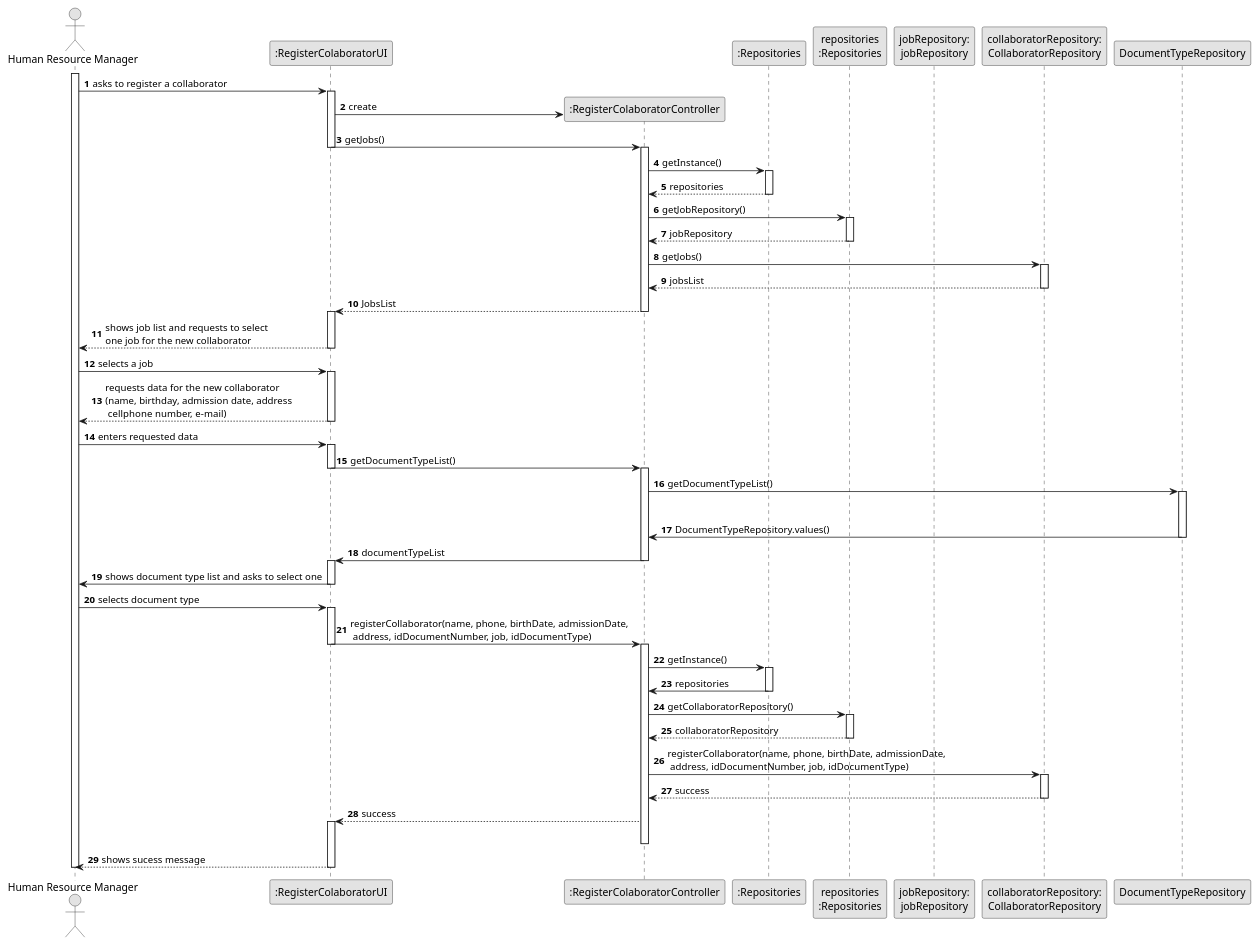
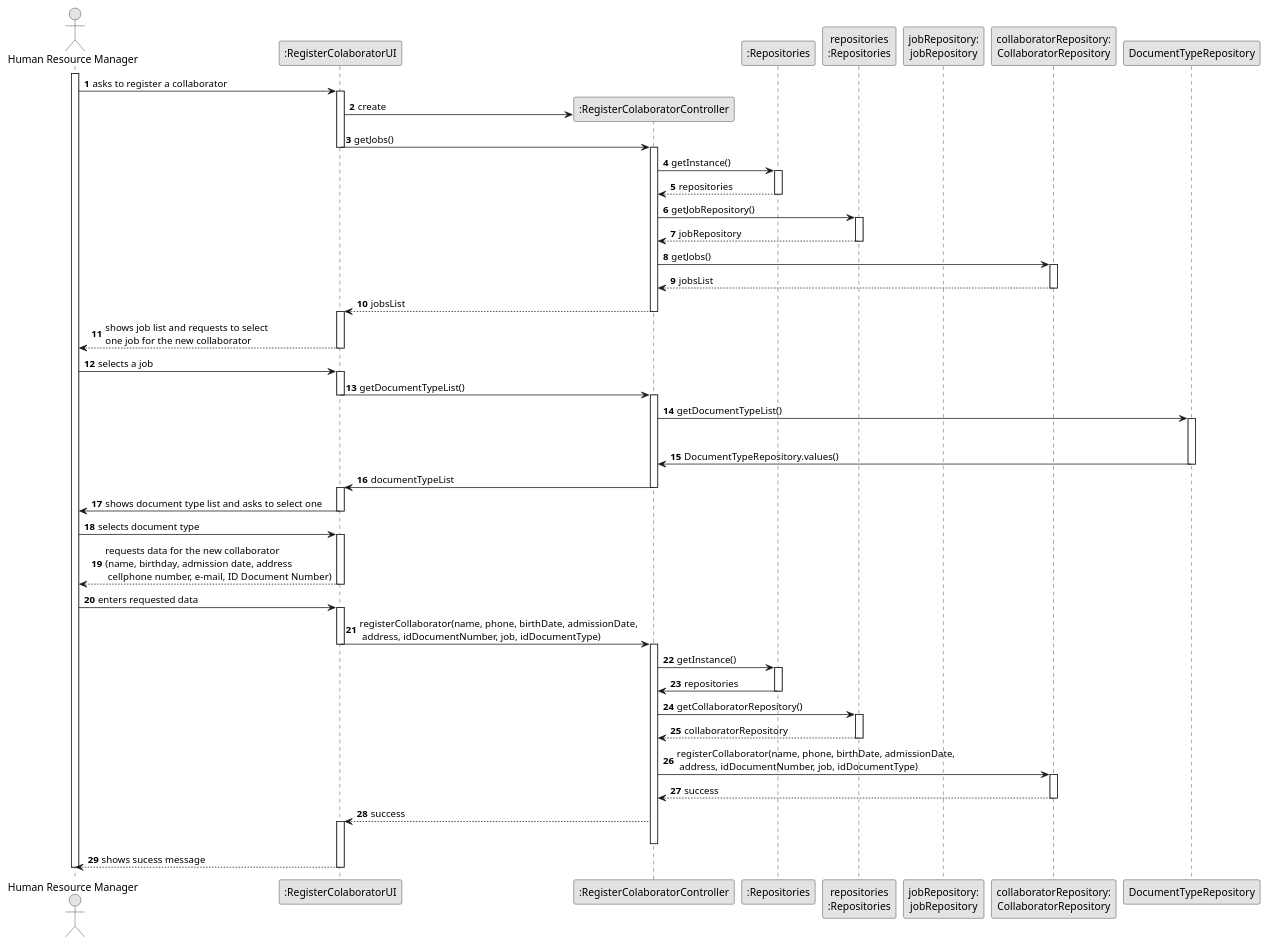
The diagram in docs/sprintB/us003/03.design/puml/us003-sequence-diagram-fullv2.puml (Departamento-de-Engenharia-Informatica/lei-24-s2-1do-g164), drawn with PlantUML before and after one commit. The commit also changed 2 other files, not shown here.

Commit message:
US003(docs): class diagram and SD Diagram

```diff
--- a/docs/sprintB/us003/03.design/puml/us003-sequence-diagram-fullv2.puml
+++ b/docs/sprintB/us003/03.design/puml/us003-sequence-diagram-fullv2.puml
@@ -1,111 +1,112 @@
 @startuml
 skinparam monochrome true
 skinparam packageStyle rectangle
     skinparam shadowing false
 
     autonumber
 
     'hide footbox
     actor "Human Resource Manager" as HRM
     participant ":RegisterColaboratorUI" as UI
     participant ":RegisterColaboratorController" as CTRL
     participant ":Repositories" as RepositorySingleton
     participant "repositories\n:Repositories" as PLAT
     participant "jobRepository:\njobRepository" as SkillRepository
     participant "collaboratorRepository:\nCollaboratorRepository" as collaboratorRepository
     participant "DocumentTypeRepository" as DocumentTypeRepository
     activate HRM
 
             HRM -> UI : asks to register a collaborator
             activate UI
 
 
     '            UI --> ADM : requests data (reference, description,  informal \n description, technical description, duration, cost)
                 'create CTRL
                 UI -> CTRL** : create
 
                 UI -> CTRL : getJobs()
                 deactivate UI
                 activate CTRL
 
                     CTRL -> RepositorySingleton : getInstance()
                     activate RepositorySingleton
 
                         RepositorySingleton --> CTRL: repositories
                     deactivate RepositorySingleton
 
                     CTRL -> PLAT : getJobRepository()
                     activate PLAT
 
                         PLAT --> CTRL: jobRepository
                     deactivate PLAT
 
                     CTRL -> collaboratorRepository : getJobs()
                     activate collaboratorRepository
 
                         collaboratorRepository--> CTRL : jobsList
                     deactivate collaboratorRepository
 
-                    CTRL --> UI : JobsList
+                    CTRL --> UI : jobsList
                     deactivate RepositorySingleton
                     activate UI
                 deactivate CTRL
 
                 UI --> HRM : shows job list and requests to select \none job for the new collaborator
             deactivate UI
 
         HRM -> UI : selects a job
         activate UI
-        HRM <-- UI : requests data for the new collaborator \n(name, birthday, admission date, address\n cellphone number, e-mail)
+        UI -> CTRL : getDocumentTypeList()
+                deactivate UI
+                activate CTRL
+                CTRL -> DocumentTypeRepository : getDocumentTypeList()
+
+                activate "DocumentTypeRepository"
+                deactivate UI
+                DocumentTypeRepository -> CTRL : DocumentTypeRepository.values()
+                deactivate DocumentTypeRepository
+                        CTRL -> UI : documentTypeList
+
+                deactivate CTRL
+                activate UI
+
+                UI -> HRM : shows document type list and asks to select one
+                deactivate UI
+                HRM -> UI : selects document type
+                activate UI
+        HRM <-- UI : requests data for the new collaborator \n(name, birthday, admission date, address\n cellphone number, e-mail, ID Document Number)
         deactivate UI
         HRM -> UI : enters requested data
         activate UI
-        UI -> CTRL : getDocumentTypeList()
-        deactivate UI
-        activate CTRL
-        CTRL -> DocumentTypeRepository : getDocumentTypeList()
 
-        activate "DocumentTypeRepository"
-        deactivate UI
-        DocumentTypeRepository -> CTRL : DocumentTypeRepository.values()
-        deactivate DocumentTypeRepository
-                CTRL -> UI : documentTypeList
-
-        deactivate CTRL
-        activate UI
-
-        UI -> HRM : shows document type list and asks to select one
-        deactivate UI
-        HRM -> UI : selects document type
-        activate UI
 
            UI -> CTRL : registerCollaborator(name, phone, birthDate, admissionDate,\n address, idDocumentNumber, job, idDocumentType)
                deactivate UI
                activate CTRL
                  CTRL -> RepositorySingleton : getInstance()
                  activate RepositorySingleton
                    RepositorySingleton -> CTRL : repositories
                  deactivate RepositorySingleton
 
                  CTRL -> PLAT : getCollaboratorRepository()
                  activate PLAT
                    PLAT --> CTRL : collaboratorRepository
                  deactivate PLAT
 
                  CTRL -> collaboratorRepository : registerCollaborator(name, phone, birthDate, admissionDate,\n address, idDocumentNumber, job, idDocumentType)
                  activate collaboratorRepository
 
 
                    collaboratorRepository --> CTRL : success
                  deactivate collaboratorRepository
                  CTRL --> UI : success
                  activate UI
                deactivate CTRL
 
               UI --> HRM : shows sucess message
                           deactivate UI
 
 
     deactivate HRM
 
 @enduml
```
